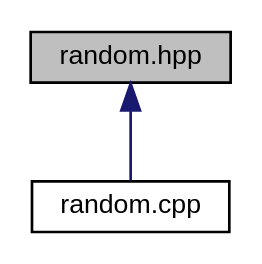
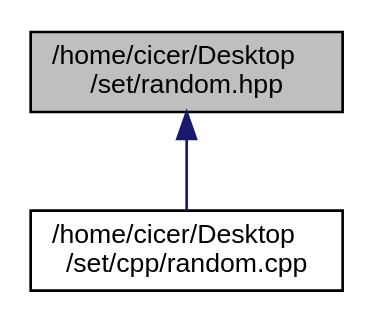
The diagram in random_8hpp__dep__incl.dot (cicer-0/Doc_Set.github.io), drawn with Graphviz before and after one commit. The commit also changed 104 other files, not shown here.

```diff
--- a/random_8hpp__dep__incl.dot
+++ b/random_8hpp__dep__incl.dot
@@ -1,9 +1,9 @@
-digraph "random.hpp"
+digraph "/home/cicer/Desktop/set/random.hpp"
 {
  // LATEX_PDF_SIZE
   edge [fontname="Helvetica",fontsize="10",labelfontname="Helvetica",labelfontsize="10"];
   node [fontname="Helvetica",fontsize="10",shape=record];
-  Node1 [label="random.hpp",height=0.2,width=0.4,color="black", fillcolor="grey75", style="filled", fontcolor="black",tooltip="Generar números aleatorios."];
+  Node1 [label="/home/cicer/Desktop\l/set/random.hpp",height=0.2,width=0.4,color="black", fillcolor="grey75", style="filled", fontcolor="black",tooltip="Generar números aleatorios."];
   Node1 -> Node2 [dir="back",color="midnightblue",fontsize="10",style="solid",fontname="Helvetica"];
-  Node2 [label="random.cpp",height=0.2,width=0.4,color="black", fillcolor="white", style="filled",URL="$random_8cpp.html",tooltip=" "];
+  Node2 [label="/home/cicer/Desktop\l/set/cpp/random.cpp",height=0.2,width=0.4,color="black", fillcolor="white", style="filled",URL="$random_8cpp.html",tooltip=" "];
 }
```
